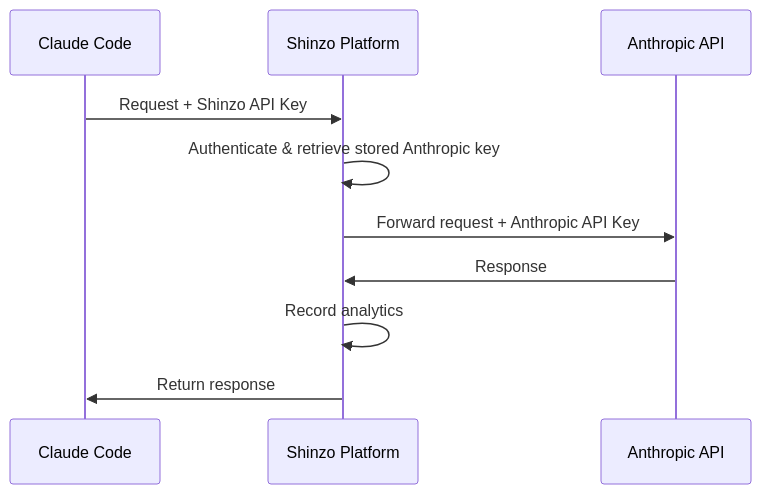
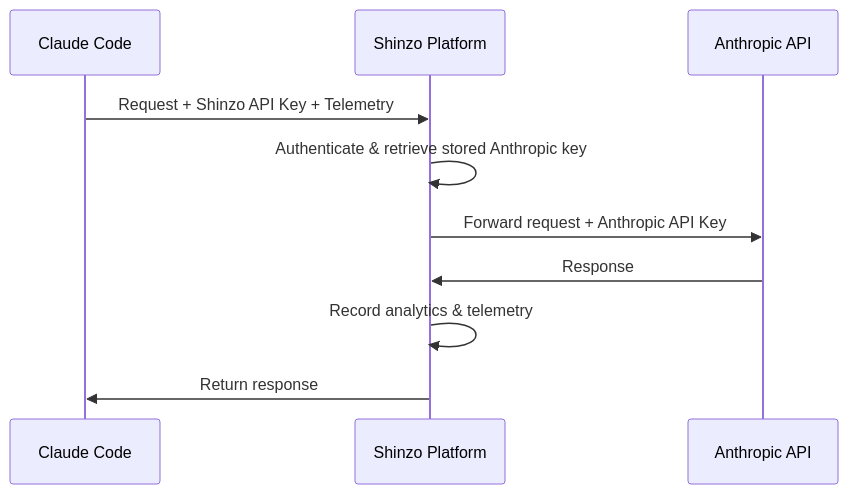
Before and after one commit to shinzo-labs/docs: the diagram in ai-tools/claude-code.mdx, drawn with Mermaid. The commit also changed other lines of this file and 7 other files, not shown here.

````diff
--- a/ai-tools/claude-code.mdx
+++ b/ai-tools/claude-code.mdx
@@ -53,13 +17,13 @@
 ```mermaid
 sequenceDiagram
     participant CC as Claude Code
     participant S as Shinzo Platform
     participant A as Anthropic API
 
-    CC->>S: Request + Shinzo API Key
+    CC->>S: Request + Shinzo API Key + Telemetry
     S->>S: Authenticate & retrieve stored Anthropic key
     S->>A: Forward request + Anthropic API Key
     A->>S: Response
-    S->>S: Record analytics
+    S->>S: Record analytics & telemetry
     S->>CC: Return response
 ```
````
